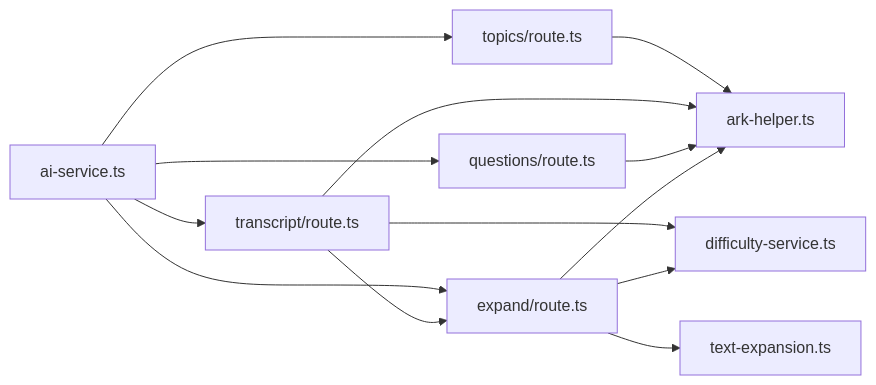
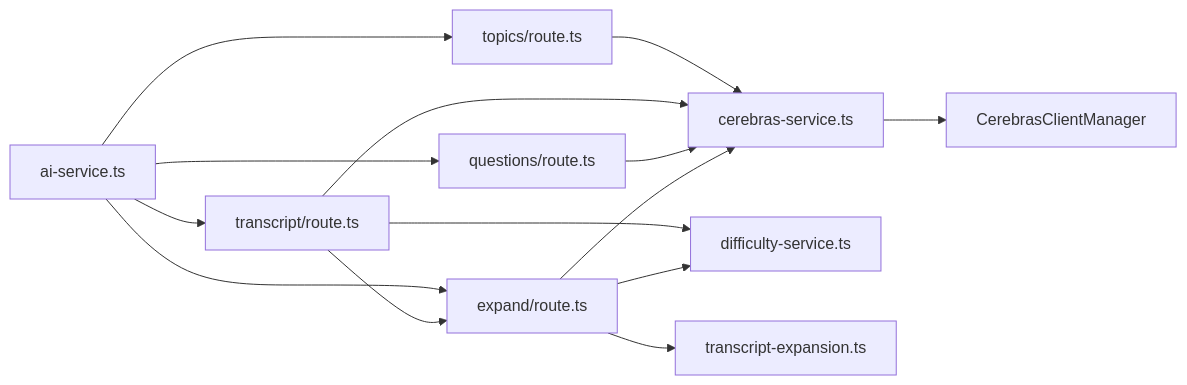
Before and after one commit to arthurlee116/english-listening-trainer: the seventh of 7 diagrams in .qoder/repowiki/zh/content/核心功能模块/AI内容生成.md, drawn with Mermaid. The commit also changed other lines of this file and 12 other files, not shown here.

````diff
--- a/.qoder/repowiki/zh/content/核心功能模块/AI内容生成.md
+++ b/.qoder/repowiki/zh/content/核心功能模块/AI内容生成.md
@@ -209,15 +226,16 @@
 ```mermaid
 graph LR
 A[ai-service.ts] --> B[topics/route.ts]
 A --> C[transcript/route.ts]
 A --> D[questions/route.ts]
 A --> E[expand/route.ts]
-B --> F[ark-helper.ts]
+B --> F[cerebras-service.ts]
 C --> F
 D --> F
 E --> F
 C --> E
 C --> G[difficulty-service.ts]
 E --> G
-E --> H[text-expansion.ts]
+E --> H[transcript-expansion.ts]
+F --> I[CerebrasClientManager]
 ```
````
